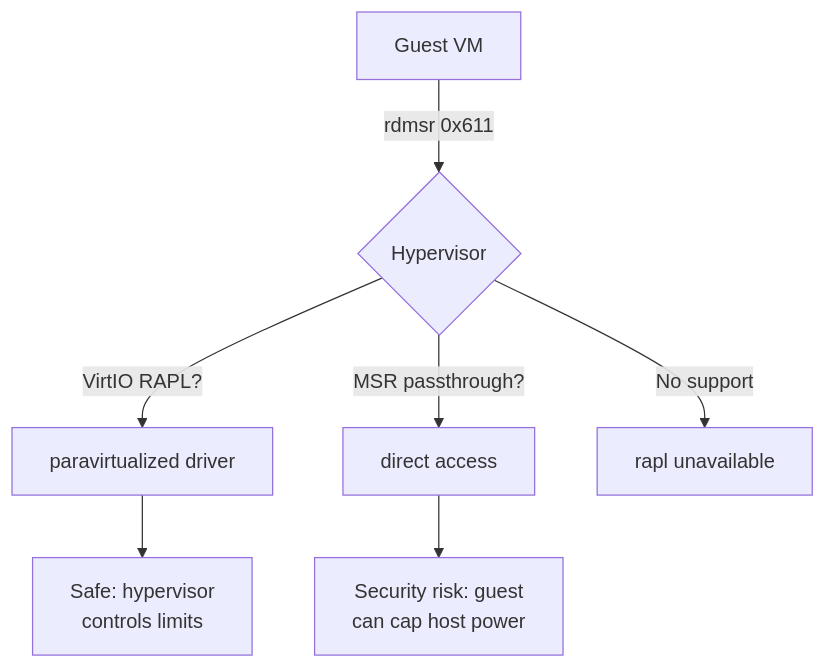
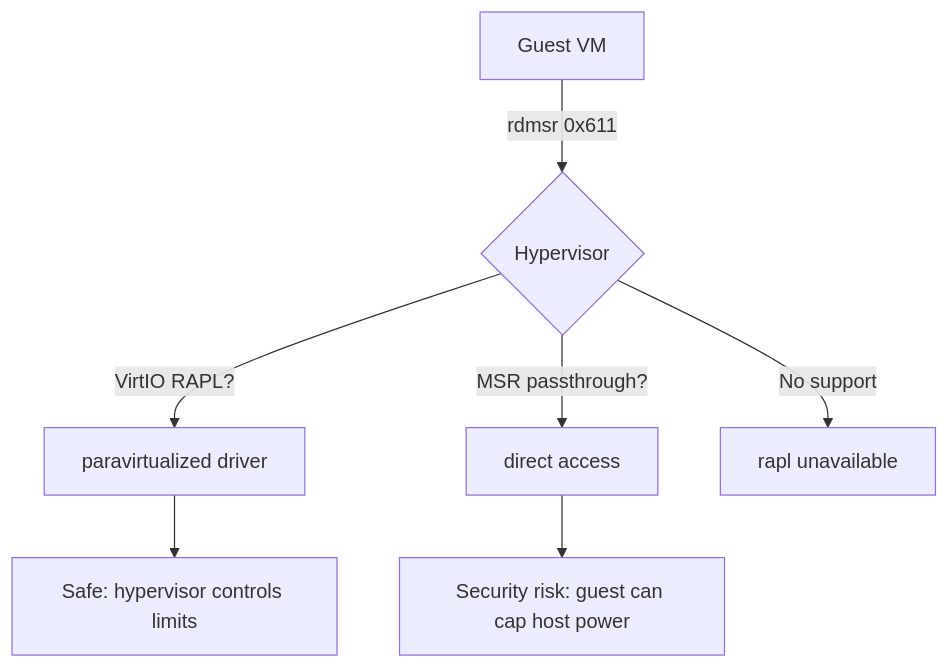
The first of 3 diagrams in src/performance/rapl.md (Abhinav-Kumar012/lb2), drawn with Mermaid before and after one commit. The commit also changed other lines of this file and 4 other files, not shown here.

Commit message:
fix: mermaid syntax - kernel/filesystems

````diff
--- a/src/performance/rapl.md
+++ b/src/performance/rapl.md
@@ -521,11 +521,9 @@
 ```mermaid
 flowchart TD
     A[Guest VM] -->|rdmsr 0x611| B{Hypervisor}
     B -->|VirtIO RAPL?| C[paravirtualized driver]
     B -->|MSR passthrough?| D[direct access]
     B -->|No support| E[rapl unavailable]
-    D --> F[Security risk: guest
-         can cap host power]
-    C --> G[Safe: hypervisor
-         controls limits]
+    D --> F["Security risk: guest can cap host power"]
+    C --> G["Safe: hypervisor controls limits"]
 ```
````
